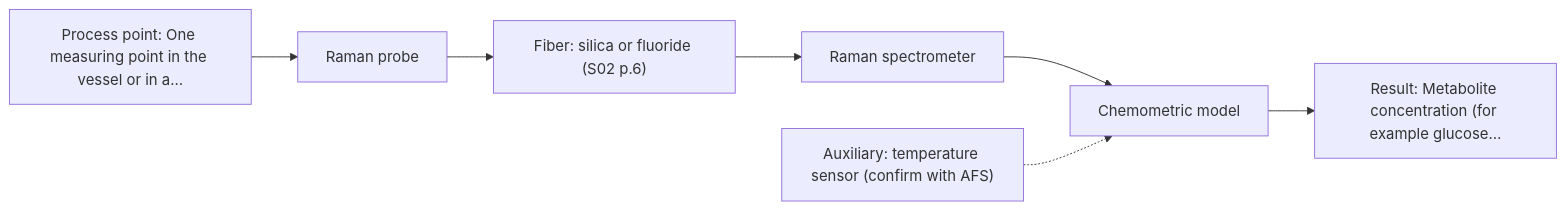
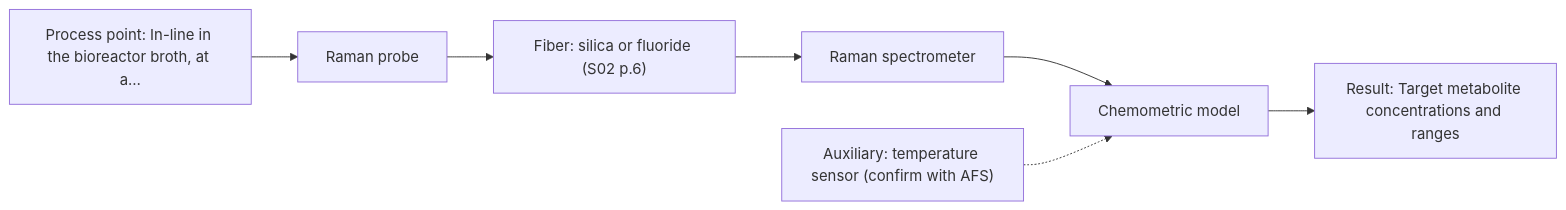
The first of 2 diagrams in outputs/dev/D05.md (sleipnir029/Afs-Spectroscopy-Assistant), drawn with Mermaid before and after one commit. The commit also changed other lines of this file and 41 other files, not shown here.

````diff
--- a/outputs/dev/D05.md
+++ b/outputs/dev/D05.md
@@ -38,16 +38,16 @@
 ```mermaid
 flowchart LR
-    proc["Process point: One measuring point in the vessel or in a…"]
+    proc["Process point: In-line in the bioreactor broth, at a…"]
     probe1["Raman probe"]
     fiber1["Fiber: silica or fluoride (S02 p.6)"]
     spec1["Raman spectrometer"]
     model["Chemometric model"]
-    result["Result: Metabolite concentration (for example glucose…"]
+    result["Result: Target metabolite concentrations and ranges"]
     aux1["Auxiliary: temperature sensor (confirm with AFS)"]
     proc --> probe1
     probe1 --> fiber1
     fiber1 --> spec1
     spec1 --> model
     model --> result
     aux1 -.-> model
 ```
````
